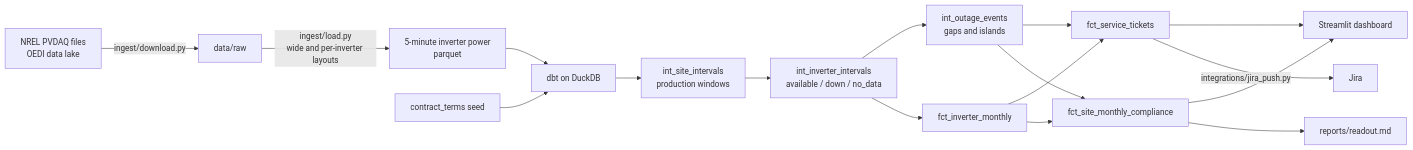
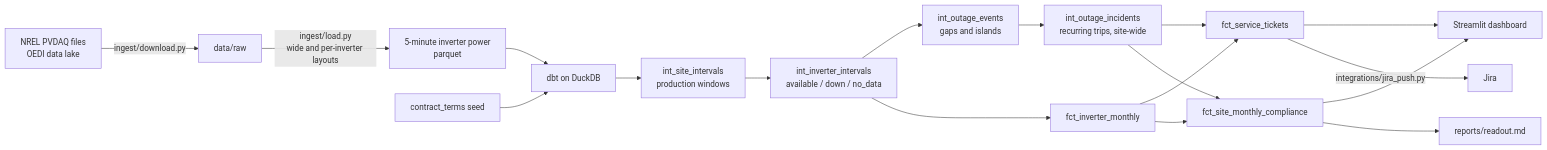
Before and after one commit to Yashaswi35/solar-fleet-compliance: the diagram in README.md, drawn with Mermaid. The commit also changed other lines of this file and 19 other files, not shown here.

````diff
--- a/README.md
+++ b/README.md
@@ -31,19 +31,20 @@
 ```mermaid
 flowchart LR
     A[NREL PVDAQ files<br/>OEDI data lake] -->|ingest/download.py| B[data/raw]
     B -->|ingest/load.py<br/>wide and per-inverter layouts| C[5-minute inverter power<br/>parquet]
     C --> D[dbt on DuckDB]
     S[contract_terms seed] --> D
     D --> E[int_site_intervals<br/>production windows]
     E --> F[int_inverter_intervals<br/>available / down / no_data]
     F --> G[int_outage_events<br/>gaps and islands]
+    G --> G2[int_outage_incidents<br/>recurring trips, site-wide]
     F --> H[fct_inverter_monthly]
-    G --> I[fct_service_tickets]
+    G2 --> I[fct_service_tickets]
     H --> I
     H --> J[fct_site_monthly_compliance]
-    G --> J
+    G2 --> J
     I --> K[Streamlit dashboard]
     J --> K
     I -->|integrations/jira_push.py| L[Jira]
     J --> M[reports/readout.md]
 ```
````
